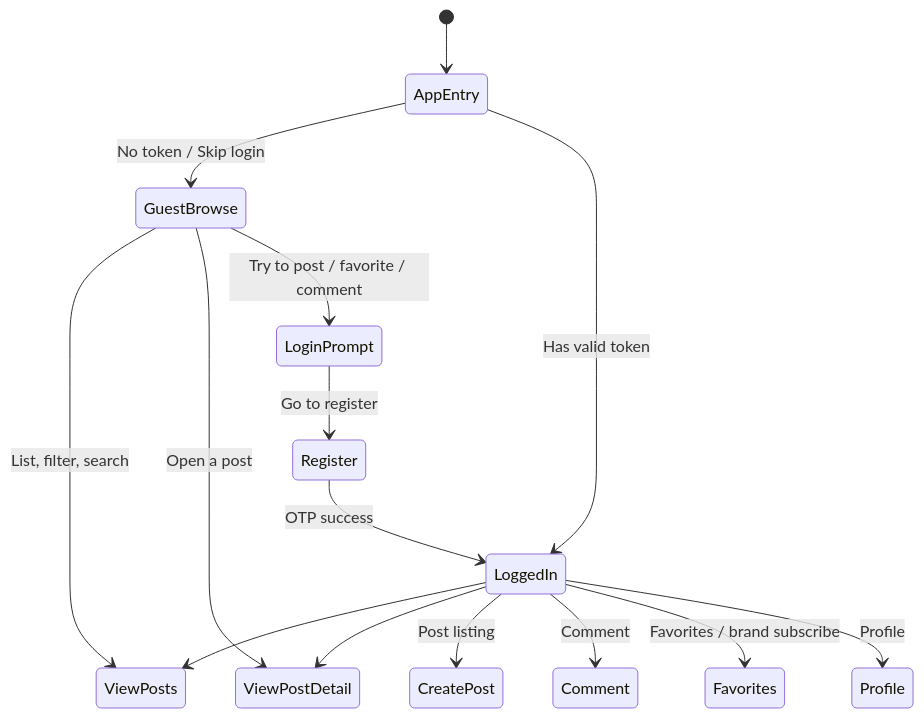
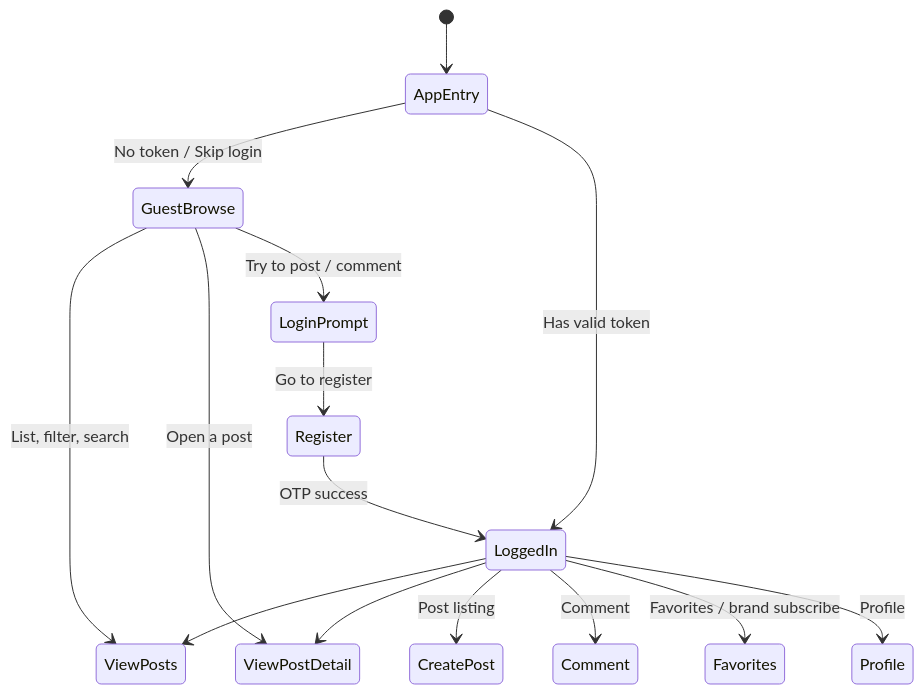
One commit to tkmdevelopers/auto.tm-main changed the second of 4 diagrams in docs/ACCESS_MODEL.md. Above: the diagram before and after it, drawn with Mermaid. The commit also changed other lines of this file and 14 other files, not shown here.

````diff
--- a/docs/ACCESS_MODEL.md
+++ b/docs/ACCESS_MODEL.md
@@ -50,17 +51,17 @@
 ```mermaid
 stateDiagram-v2
     [*] --> AppEntry
     AppEntry --> GuestBrowse: No token / Skip login
     AppEntry --> LoggedIn: Has valid token
     GuestBrowse --> ViewPosts: List, filter, search
     GuestBrowse --> ViewPostDetail: Open a post
-    GuestBrowse --> LoginPrompt: Try to post / favorite / comment
+    GuestBrowse --> LoginPrompt: Try to post / comment
     LoginPrompt --> Register: Go to register
     Register --> LoggedIn: OTP success
     LoggedIn --> ViewPosts
     LoggedIn --> ViewPostDetail
     LoggedIn --> CreatePost: Post listing
     LoggedIn --> Comment: Comment
     LoggedIn --> Favorites: Favorites / brand subscribe
     LoggedIn --> Profile: Profile
 ```
````
